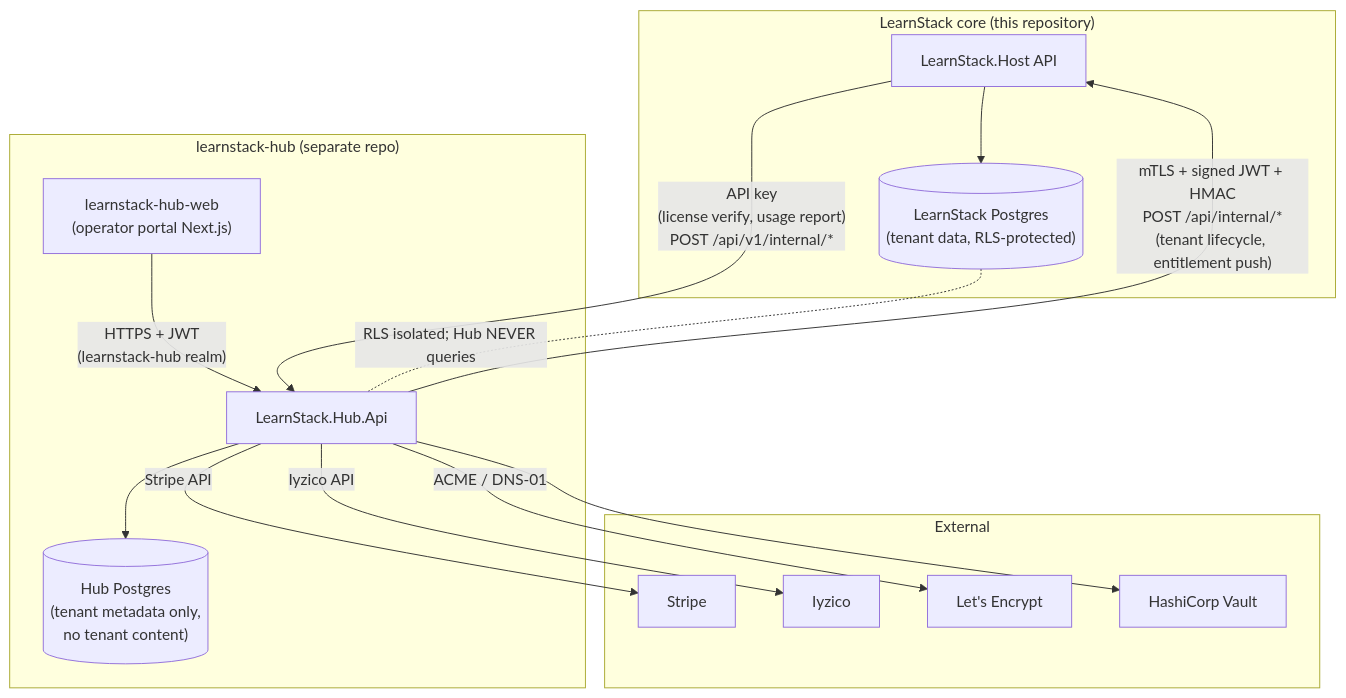
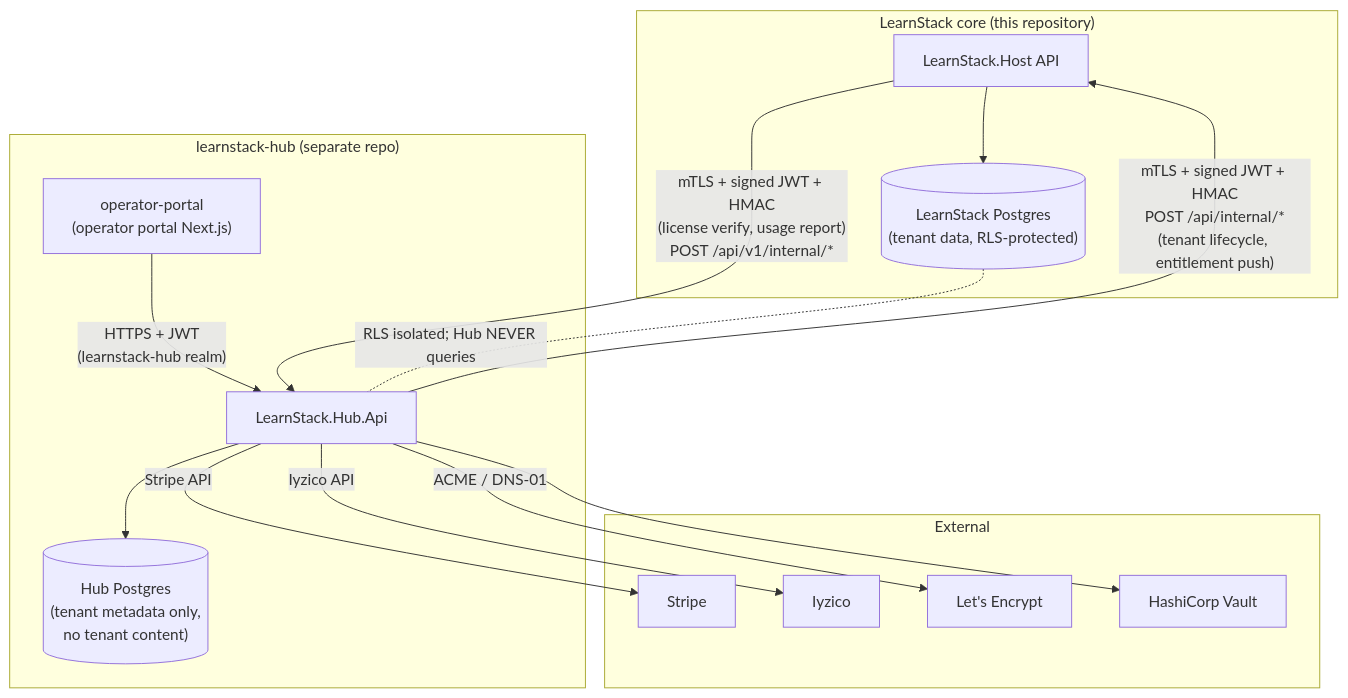
The first of 7 diagrams in docs/architecture/24-learnstack-hub.md (HodeTech/LearnStack), drawn with Mermaid before and after one commit. The commit also changed other lines of this file and 97 other files, not shown here.

First line of the commit message:
docs: restructure the roadmap around the one-way-door test, and close 151 audit findings (#9)

````diff
--- a/docs/architecture/24-learnstack-hub.md
+++ b/docs/architecture/24-learnstack-hub.md
@@ -20,33 +20,33 @@
 ```mermaid
 flowchart TB
     subgraph LearnStack["LearnStack core (this repository)"]
         LSApi["LearnStack.Host API"]
         LSDb[("LearnStack Postgres<br/>(tenant data, RLS-protected)")]
     end
 
     subgraph Hub["learnstack-hub (separate repo)"]
         HubApi["LearnStack.Hub.Api"]
         HubDb[("Hub Postgres<br/>(tenant metadata only,<br/>no tenant content)")]
-        HubWeb["learnstack-hub-web<br/>(operator portal Next.js)"]
+        HubWeb["operator-portal<br/>(operator portal Next.js)"]
     end
 
     subgraph External
         Stripe["Stripe"]
         Iyzico["Iyzico"]
         LetsEncrypt["Let's Encrypt"]
         Vault["HashiCorp Vault"]
     end
 
     HubWeb -- "HTTPS + JWT<br/>(learnstack-hub realm)" --> HubApi
     HubApi --> HubDb
     HubApi -- "Stripe API" --> Stripe
     HubApi -- "Iyzico API" --> Iyzico
     HubApi -- "ACME / DNS-01" --> LetsEncrypt
     HubApi --> Vault
 
     HubApi -- "mTLS + signed JWT + HMAC<br/>POST /api/internal/*<br/>(tenant lifecycle, entitlement push)" --> LSApi
-    LSApi -- "API key<br/>(license verify, usage report)<br/>POST /api/v1/internal/*" --> HubApi
+    LSApi -- "mTLS + signed JWT + HMAC<br/>(license verify, usage report)<br/>POST /api/v1/internal/*" --> HubApi
 
     LSApi --> LSDb
     LSDb -. "RLS isolated; Hub NEVER queries" .- HubApi
 ```
````
